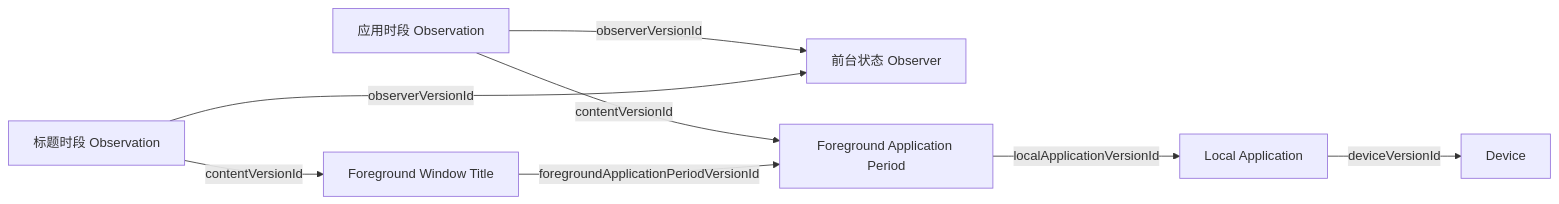
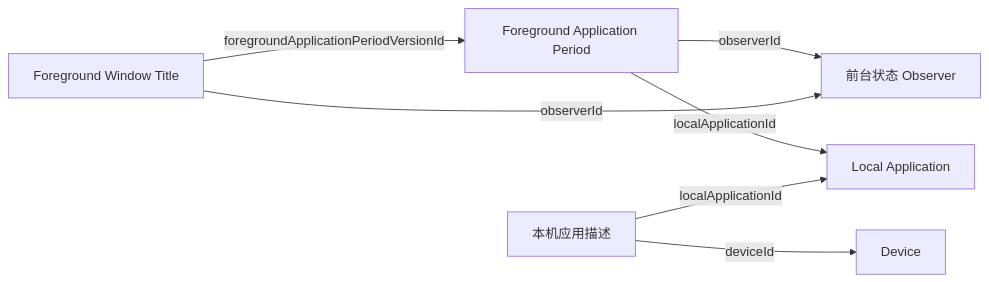
One commit to shenxianovo/Heartbeat changed the diagram in src/Docs/Orisumi.Docs/content/docs/observers/foreground-state/index.mdx. Above: the diagram before and after it, drawn with Mermaid. The commit also changed other lines of this file and 165 other files, not shown here.

````diff
--- a/src/Docs/Orisumi.Docs/content/docs/observers/foreground-state/index.mdx
+++ b/src/Docs/Orisumi.Docs/content/docs/observers/foreground-state/index.mdx
@@ -24,17 +24,15 @@
 ```mermaid
 flowchart LR
-  O[应用时段 Observation] -->|observerVersionId| R[前台状态 Observer]
-  O -->|contentVersionId| C[Foreground Application Period]
-  C -->|localApplicationVersionId| A[Local Application]
-  A -->|deviceVersionId| D[Device]
-  T[标题时段 Observation] -->|observerVersionId| R
-  T -->|contentVersionId| TC[Foreground Window Title]
-  TC -->|foregroundApplicationPeriodVersionId| C
-  click O "/core/model/observation"
-  click T "/core/model/observation"
+  C[Foreground Application Period] -->|observerId| R[前台状态 Observer]
+  C -->|localApplicationId| A[Local Application]
+  L[本机应用描述] -->|localApplicationId| A
+  L -->|deviceId| D[Device]
+  T[Foreground Window Title] -->|observerId| R
+  T -->|foregroundApplicationPeriodVersionId| C
   click R "/observers/foreground-state/foreground-state-observer"
   click C "/observers/foreground-state/foreground-application-period"
   click A "/observers/foreground-state/local-application"
+  click L "/observers/foreground-state/local-application#description"
   click D "/observers/device-state/device"
-  click TC "/observers/foreground-state/foreground-window-title"
+  click T "/observers/foreground-state/foreground-window-title"
 ```
````
